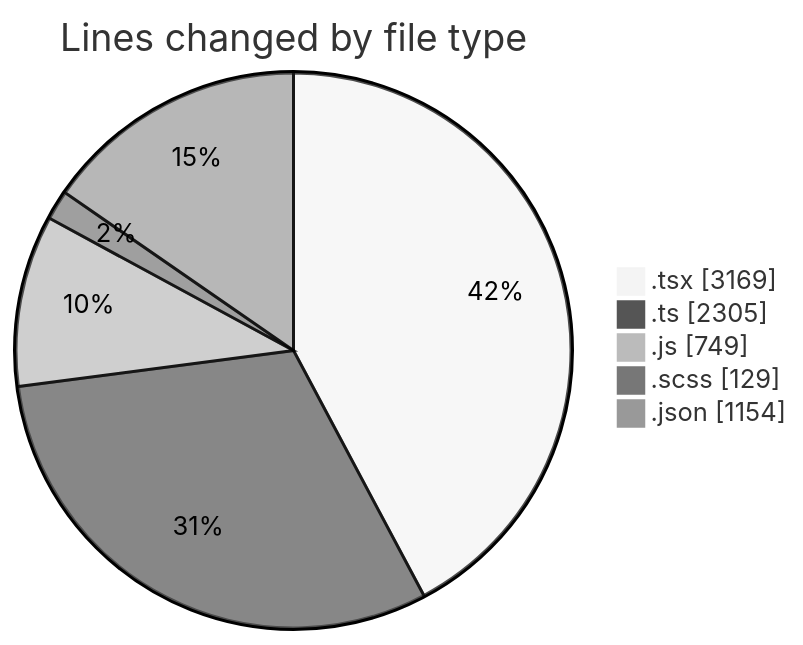
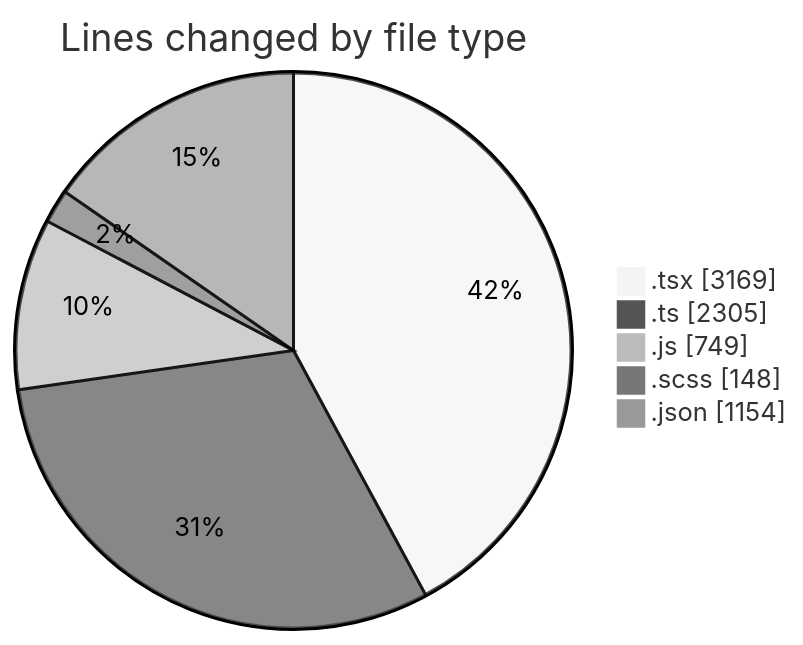
The first of 2 diagrams in 2026-06-15/cda/README.md (momahboobian/code-tracking), drawn with Mermaid (neutral theme) before and after one commit. The commit also changed other lines of this file and 1 other file, not shown here.

````diff
--- a/2026-06-15/cda/README.md
+++ b/2026-06-15/cda/README.md
@@ -62,9 +62,9 @@
 ```mermaid
 pie showData
 title Lines changed by file type
 ".tsx" : 3169
 ".ts" : 2305
 ".js" : 749
-".scss" : 129
+".scss" : 148
 ".json" : 1154
 ```
````
